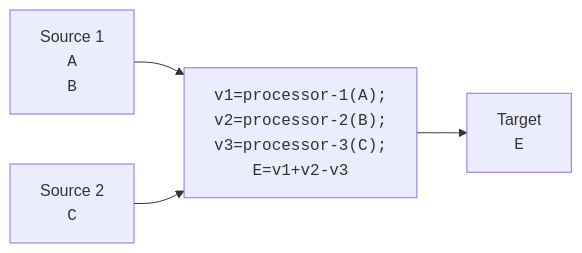
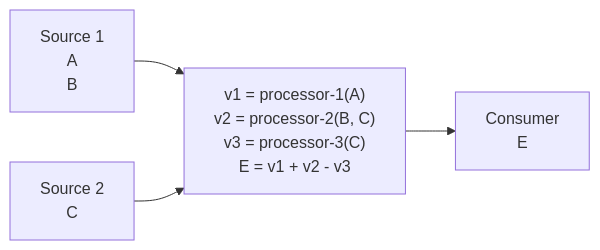
One commit to VirtualMetric/virtualmetric-docs changed the diagram in docs/admin/pipelines/processors/enrich.mdx. Above: the diagram before and after it, drawn with Mermaid. The commit also changed other lines of this file and 54 other files, not shown here.

````diff
--- a/docs/admin/pipelines/processors/enrich.mdx
+++ b/docs/admin/pipelines/processors/enrich.mdx
@@ -11,23 +28,23 @@
 ```mermaid
 %%{init: {"flowchart": {"htmlLabels": false}} }%%
 flowchart LR
 	source1Box["`Source 1
-		<code>A</code>
-		<code>B</code>
+		A
+		B
 	`"]
 	source2Box["`Source 2
-		<code>C</code>
+		C
 	`"]
     	processorBox["`
-			<code>v1=processor-1(A);</code>
-			<code>v2=processor-2(B);</code>
-			<code>v3=processor-3(C);</code>
-			<code>E=v1+v2-v3</code>
+			v1 = processor-1(A)
+			v2 = processor-2(B, C)
+         v3 = processor-3(C)
+			E = v1 + v2 - v3
 	`"]
-	targetBox["`Target
-		<code>E</code>
+	consumerBox["`Consumer
+		E
 	`"]
 	source1Box --> processorBox;
 	source2Box --> processorBox;
-	processorBox --> targetBox
+	processorBox --> consumerBox
 ```
````
